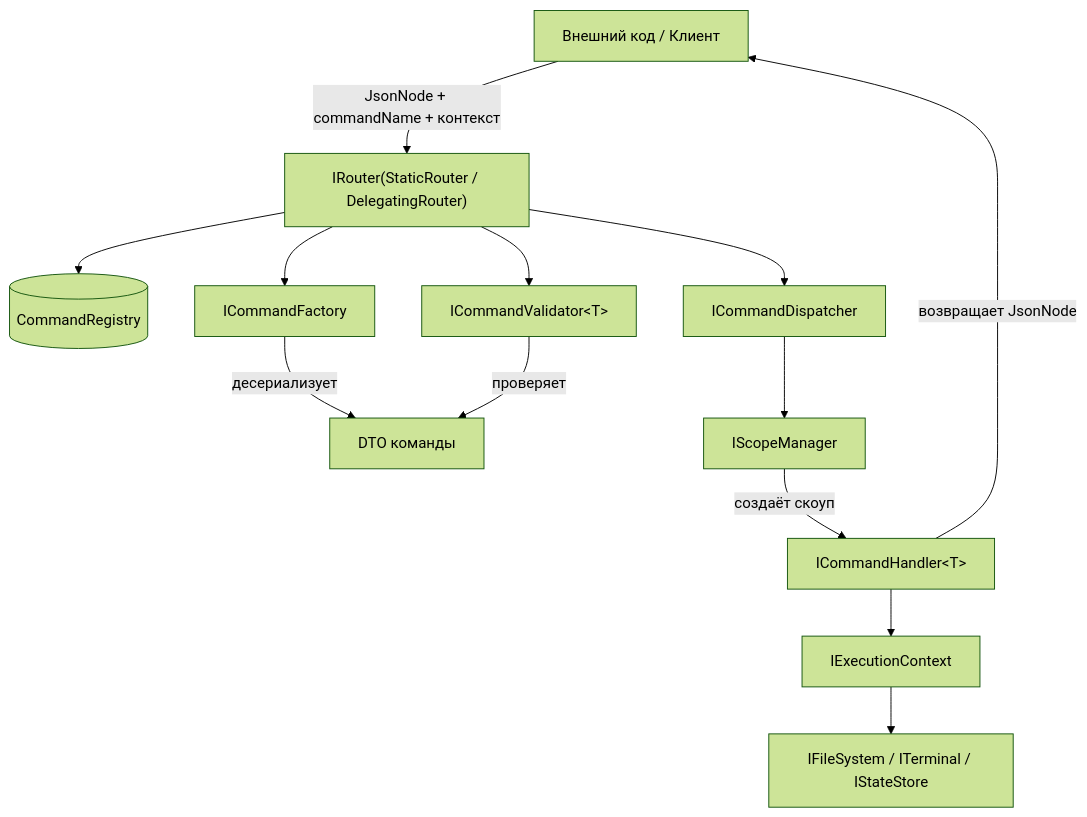
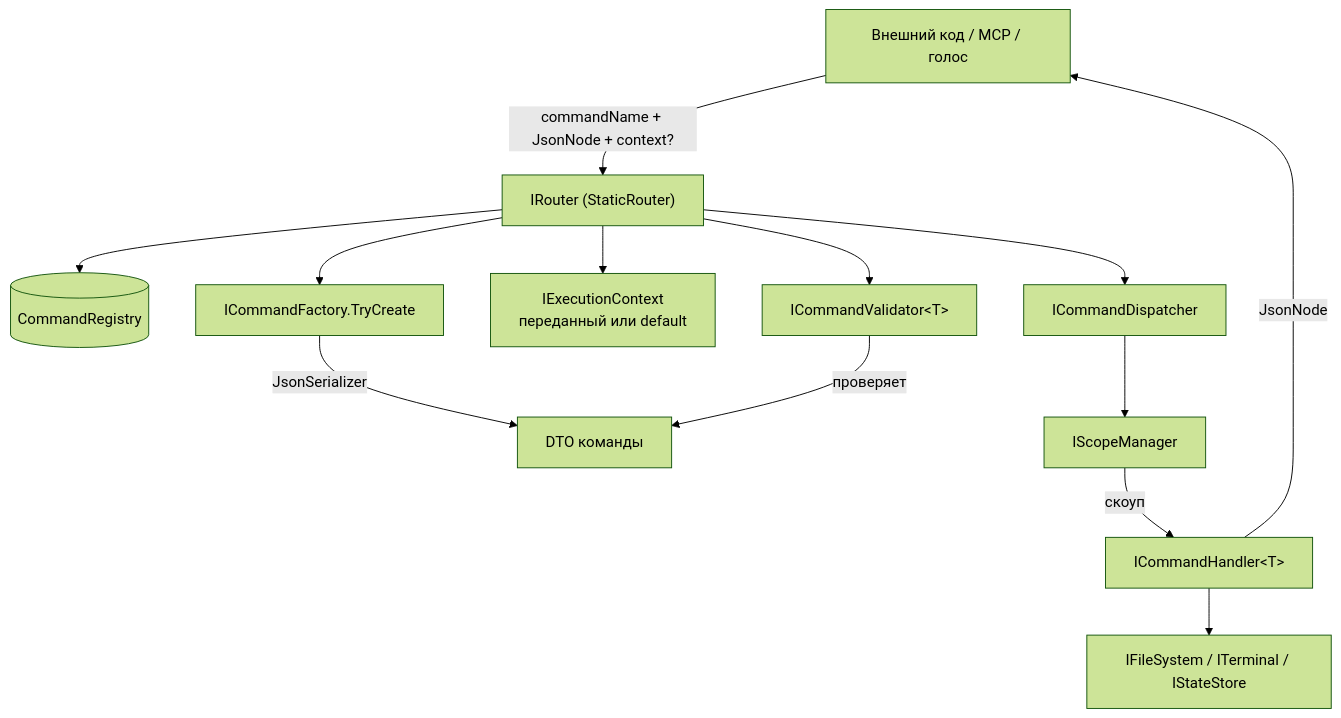
Before and after one commit to smurf123lol/Kouki: the diagram in docfx_project/docs/dataflow.md, drawn with Mermaid (forest theme). The commit also changed other lines of this file and 161 other files, not shown here.

First line of the commit message:
feat: MVP — ядро команд, приём задач, MCP и голос

````diff
--- a/docfx_project/docs/dataflow.md
+++ b/docfx_project/docs/dataflow.md
@@ -154,29 +164,15 @@
 ```mermaid
-
 flowchart TD
-
-    Client[Внешний код / Клиент] -->|JsonNode + commandName + контекст| Router
-
-    Router["IRouter(StaticRouter / DelegatingRouter)"] --> Registry[(CommandRegistry)]
-
-    Router --> Factory[ICommandFactory]
-
-    Factory -->|десериализует| DTO[DTO команды]
-
-    Router --> Validator[ICommandValidator&lt;T&gt;]
-
-    Validator -->|проверяет| DTO
-
-    Router --> Dispatcher[ICommandDispatcher]
-
-    Dispatcher --> Scope[IScopeManager]
-
-    Scope -->|создаёт скоуп| Handler[ICommandHandler&lt;T&gt;]
-
-    Handler --> Context[IExecutionContext]
-
-    Context --> FS[IFileSystem / ITerminal / IStateStore]
-
-    Handler -->|возвращает JsonNode| Client
-
+    Client[Внешний код / MCP / голос] -->|commandName + JsonNode + context?| Router
+    Router["IRouter (StaticRouter)"] --> Registry[(CommandRegistry)]
+    Router --> Factory[ICommandFactory.TryCreate]
+    Factory -->|JsonSerializer| DTO[DTO команды]
+    Router --> Context[IExecutionContext<br/>переданный или default]
+    Router --> Validator[ICommandValidator&lt;T&gt;]
+    Validator -->|проверяет| DTO
+    Router --> Dispatcher[ICommandDispatcher]
+    Dispatcher --> Scope[IScopeManager]
+    Scope -->|скоуп| Handler[ICommandHandler&lt;T&gt;]
+    Handler --> Env[IFileSystem / ITerminal / IStateStore]
+    Handler -->|JsonNode| Client
 ```
````
